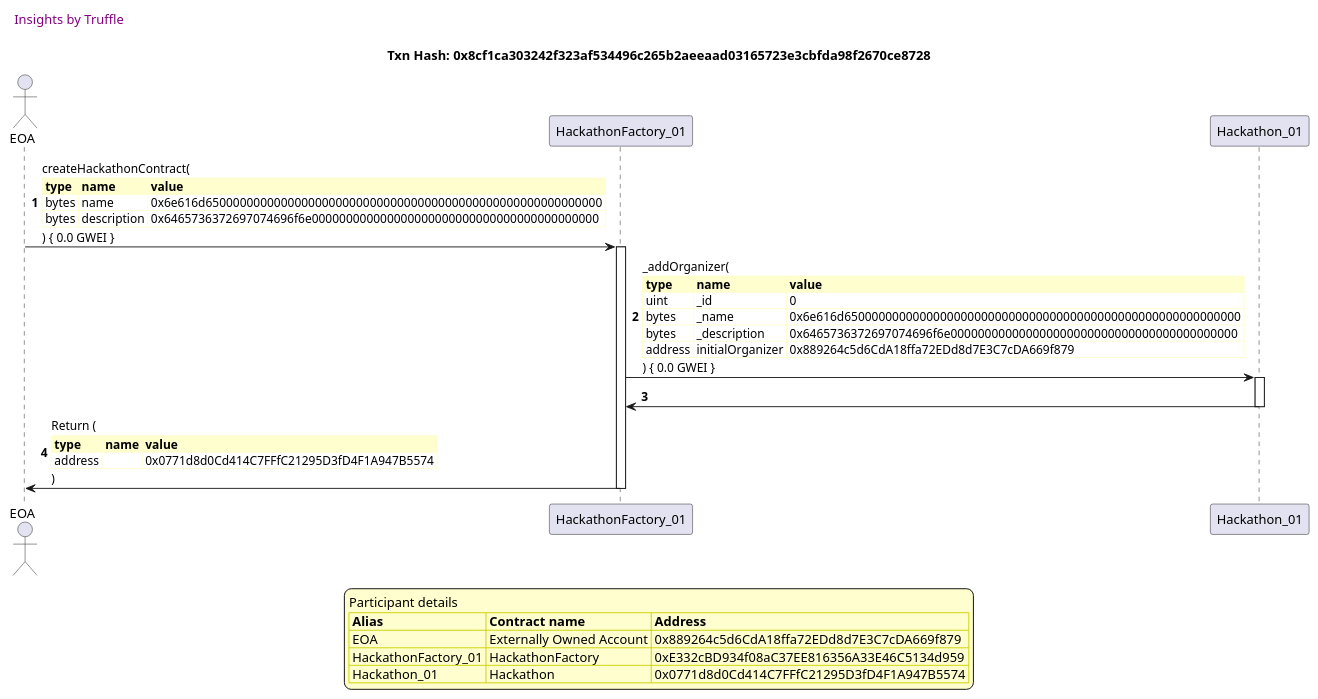
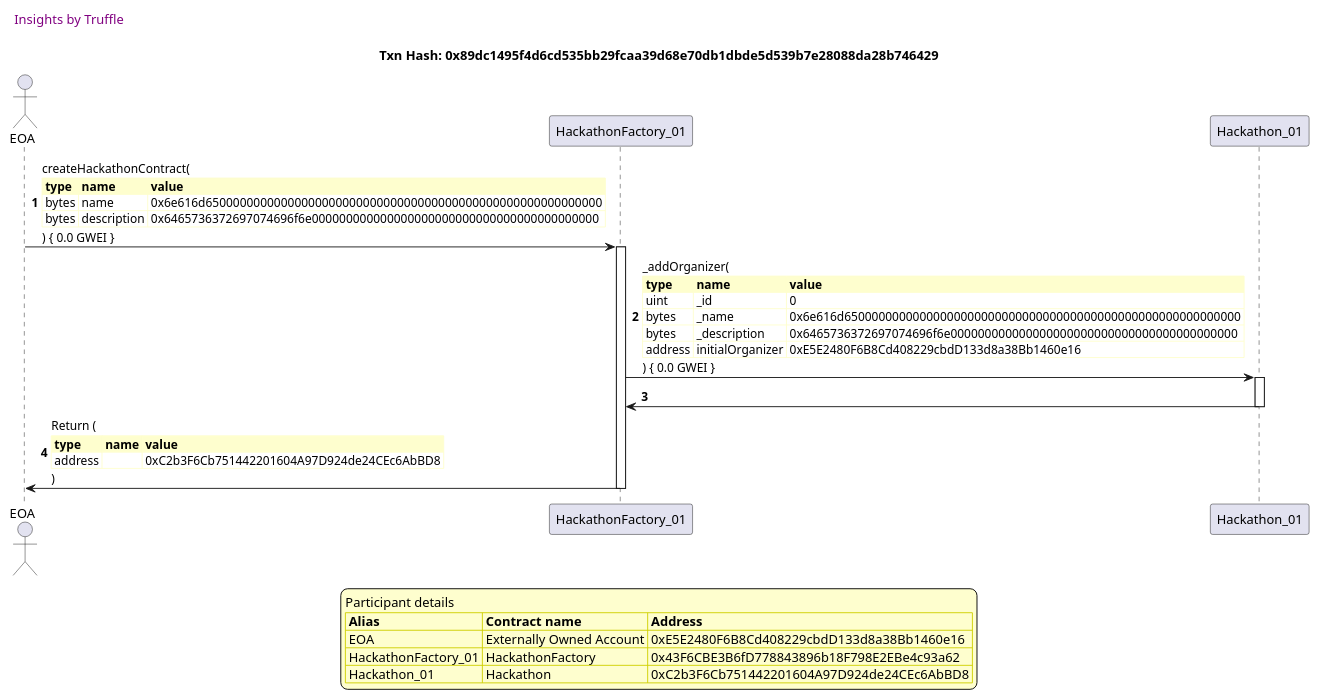
The second of 11 diagrams in truffle-seq/factory_hackathonfactory.md (fodisi/hackapay), drawn with PlantUML before and after one commit. The commit also changed other lines of this file and 10 other files, not shown here.

````diff
--- a/truffle-seq/factory_hackathonfactory.md
+++ b/truffle-seq/factory_hackathonfactory.md
@@ -56,54 +56,54 @@
 ```plantuml
 
 
 @startuml
 
 autonumber
 skinparam legendBackgroundColor #FEFECE
 
 <style>
       header {
         HorizontalAlignment left
         FontColor purple
         FontSize 14
         Padding 10
       }
     </style>
 
 header Insights by Truffle
 
-title Txn Hash: 0x8cf1ca303242f323af534496c265b2aeeaad03165723e3cbfda98f2670ce8728
+title Txn Hash: 0x89dc1495f4d6cd535bb29fcaa39d68e70db1dbde5d539b7e28088da28b746429
 
 
 actor EOA as "EOA"
 participant HackathonFactory_01 as "HackathonFactory_01"
 participant Hackathon_01 as "Hackathon_01"
 
 "EOA" -> "HackathonFactory_01" ++: createHackathonContract(\n\
 <#FEFECE,#FEFECE>|= type |= name |= value |\n\
 | bytes | name | 0x6e616d6500000000000000000000000000000000000000000000000000000000 |\n\
 | bytes | description | 0x6465736372697074696f6e000000000000000000000000000000000000000000 |\n\
 ) { 0.0 GWEI }
 "HackathonFactory_01" -> "Hackathon_01" ++: _addOrganizer(\n\
 <#FEFECE,#FEFECE>|= type |= name |= value |\n\
 | uint | _id | 0 |\n\
 | bytes | _name | 0x6e616d6500000000000000000000000000000000000000000000000000000000 |\n\
 | bytes | _description | 0x6465736372697074696f6e000000000000000000000000000000000000000000 |\n\
-| address | initialOrganizer | 0x889264c5d6CdA18ffa72EDd8d7E3C7cDA669f879 |\n\
+| address | initialOrganizer | 0xE5E2480F6B8Cd408229cbdD133d8a38Bb1460e16 |\n\
 ) { 0.0 GWEI }
 "Hackathon_01" -> "HackathonFactory_01" --: 
 "HackathonFactory_01" -> "EOA" --: Return (\n\
 <#FEFECE,#FEFECE>|= type |= name |= value |\n\
-| address |  | 0x0771d8d0Cd414C7FFfC21295D3fD4F1A947B5574 |\n\
+| address |  | 0xC2b3F6Cb751442201604A97D924de24CEc6AbBD8 |\n\
 )
 
 legend
 Participant details
 <#FEFECE,#D0D000>|= Alias |= Contract name |= Address |
-<#FEFECE>| EOA | Externally Owned Account | 0x889264c5d6CdA18ffa72EDd8d7E3C7cDA669f879 |
-<#FEFECE>| HackathonFactory_01 | HackathonFactory | 0xE332cBD934f08aC37EE816356A33E46C5134d959 |
-<#FEFECE>| Hackathon_01 | Hackathon | 0x0771d8d0Cd414C7FFfC21295D3fD4F1A947B5574 |
+<#FEFECE>| EOA | Externally Owned Account | 0xE5E2480F6B8Cd408229cbdD133d8a38Bb1460e16 |
+<#FEFECE>| HackathonFactory_01 | HackathonFactory | 0x43F6CBE3B6fD778843896b18F798E2EBe4c93a62 |
+<#FEFECE>| Hackathon_01 | Hackathon | 0xC2b3F6Cb751442201604A97D924de24CEc6AbBD8 |
 endlegend
 
 @enduml
 ```
````
